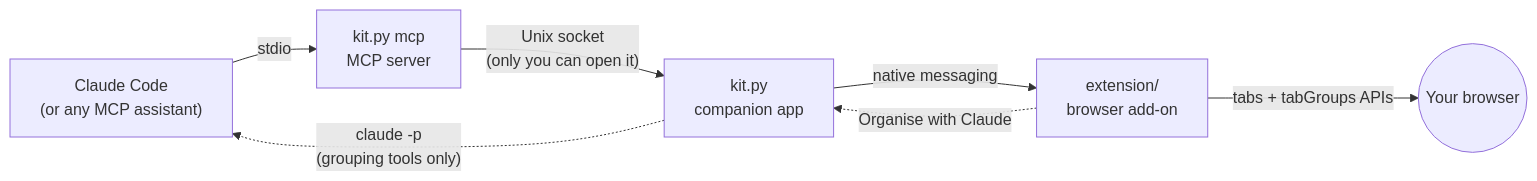
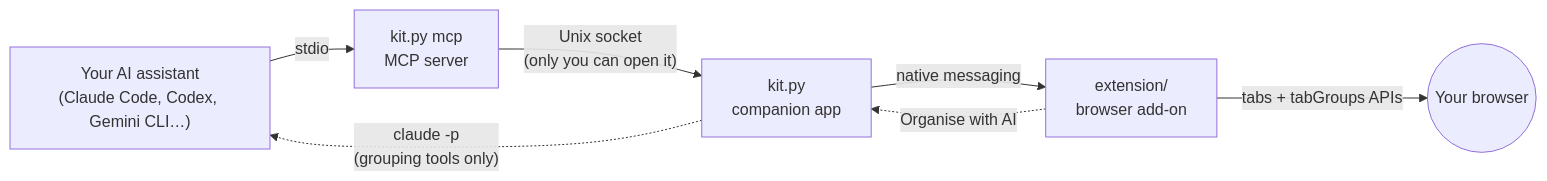
Before and after one commit to samsamthecodingman/kit-tab-manager: the diagram in README.md, drawn with Mermaid. The commit also changed other lines of this file and 17 other files, not shown here.

````diff
--- a/README.md
+++ b/README.md
@@ -82,9 +82,9 @@
 ```mermaid
 flowchart LR
-    CC["Claude Code<br/>(or any MCP assistant)"] -- stdio --> MCP["kit.py mcp<br/>MCP server"]
+    CC["Your AI assistant<br/>(Claude Code, Codex, Gemini CLI…)"] -- stdio --> MCP["kit.py mcp<br/>MCP server"]
     MCP -- "Unix socket<br/>(only you can open it)" --> HOST["kit.py<br/>companion app"]
     HOST -- "native messaging" --> EXT["extension/<br/>browser add-on"]
     EXT -- "tabs + tabGroups APIs" --> FF(("Your browser"))
-    EXT -. "Organise with Claude" .-> HOST
+    EXT -. "Organise with AI" .-> HOST
     HOST -. "claude -p<br/>(grouping tools only)" .-> CC
 ```
````
